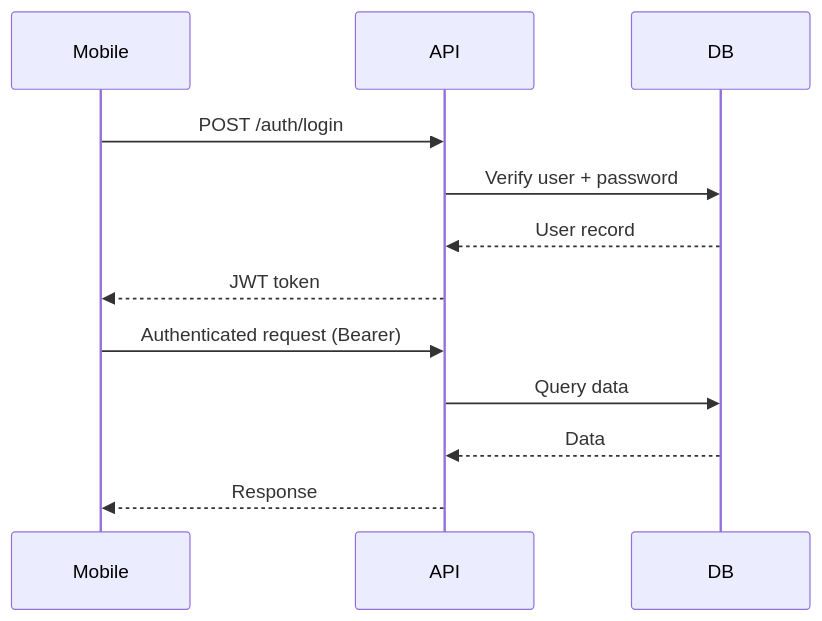
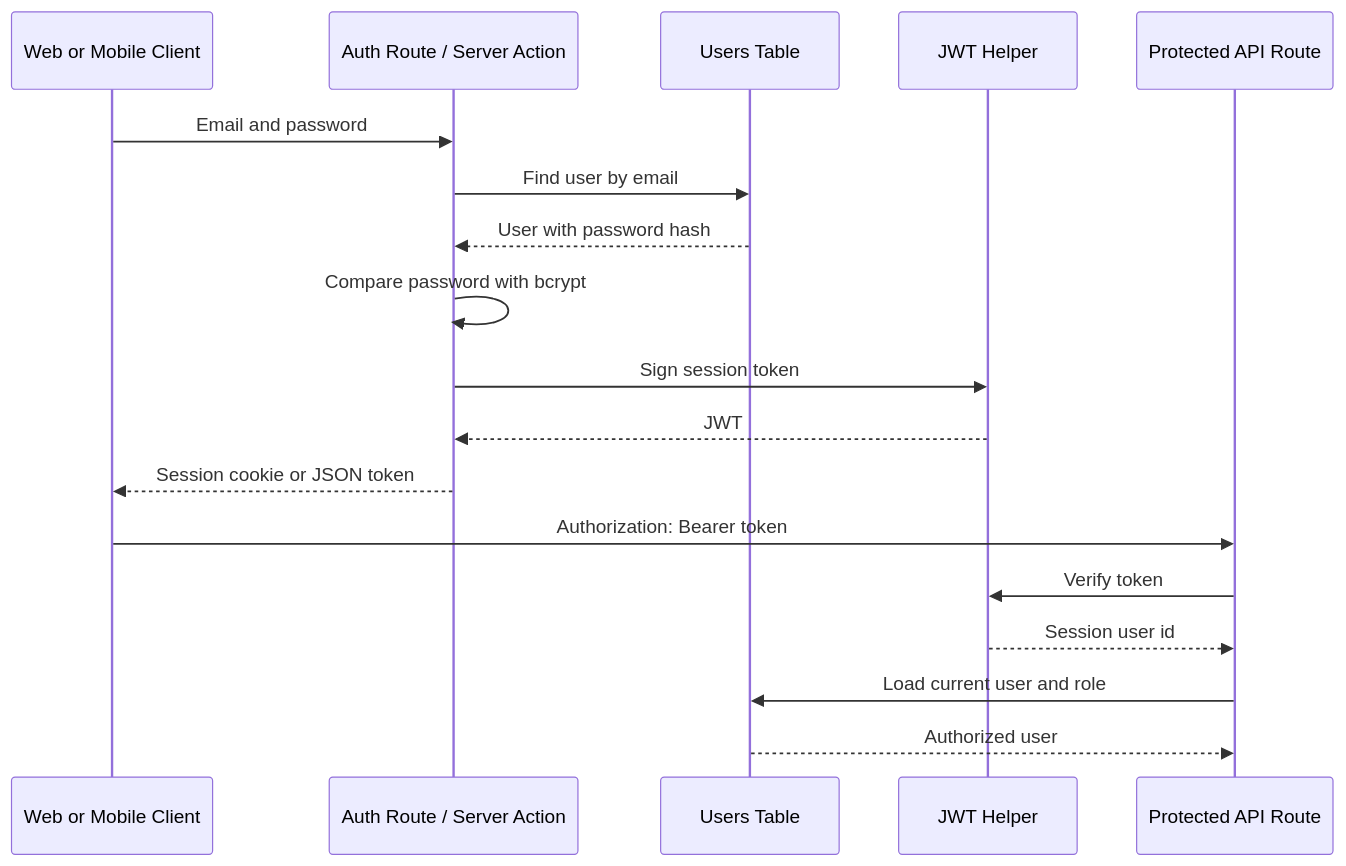
The third of 4 diagrams in docs/architecture.md (PavlinPanev/badminton-planner), drawn with Mermaid before and after one commit. The commit also changed other lines of this file and 4 other files, not shown here.

````diff
--- a/docs/architecture.md
+++ b/docs/architecture.md
@@ -102,15 +136,21 @@
 ```mermaid
 sequenceDiagram
-  participant Mobile
-  participant API
-  participant DB
+  participant Client as Web or Mobile Client
+  participant AuthRoute as Auth Route / Server Action
+  participant DB as Users Table
+  participant Token as JWT Helper
+  participant Api as Protected API Route
 
-  Mobile->>API: POST /auth/login
-  API->>DB: Verify user + password
-  DB-->>API: User record
-  API-->>Mobile: JWT token
-  Mobile->>API: Authenticated request (Bearer)
-  API->>DB: Query data
-  DB-->>API: Data
-  API-->>Mobile: Response
+  Client->>AuthRoute: Email and password
+  AuthRoute->>DB: Find user by email
+  DB-->>AuthRoute: User with password hash
+  AuthRoute->>AuthRoute: Compare password with bcrypt
+  AuthRoute->>Token: Sign session token
+  Token-->>AuthRoute: JWT
+  AuthRoute-->>Client: Session cookie or JSON token
+  Client->>Api: Authorization: Bearer token
+  Api->>Token: Verify token
+  Token-->>Api: Session user id
+  Api->>DB: Load current user and role
+  DB-->>Api: Authorized user
 ```
````
